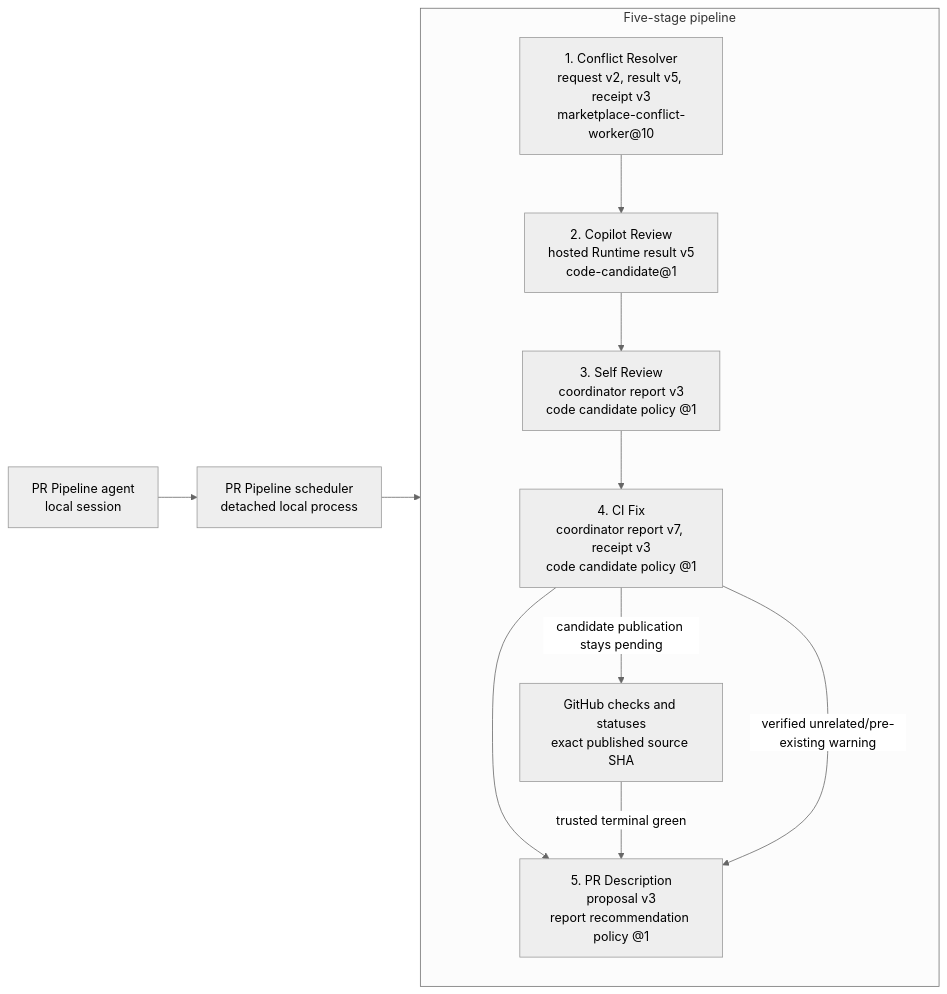
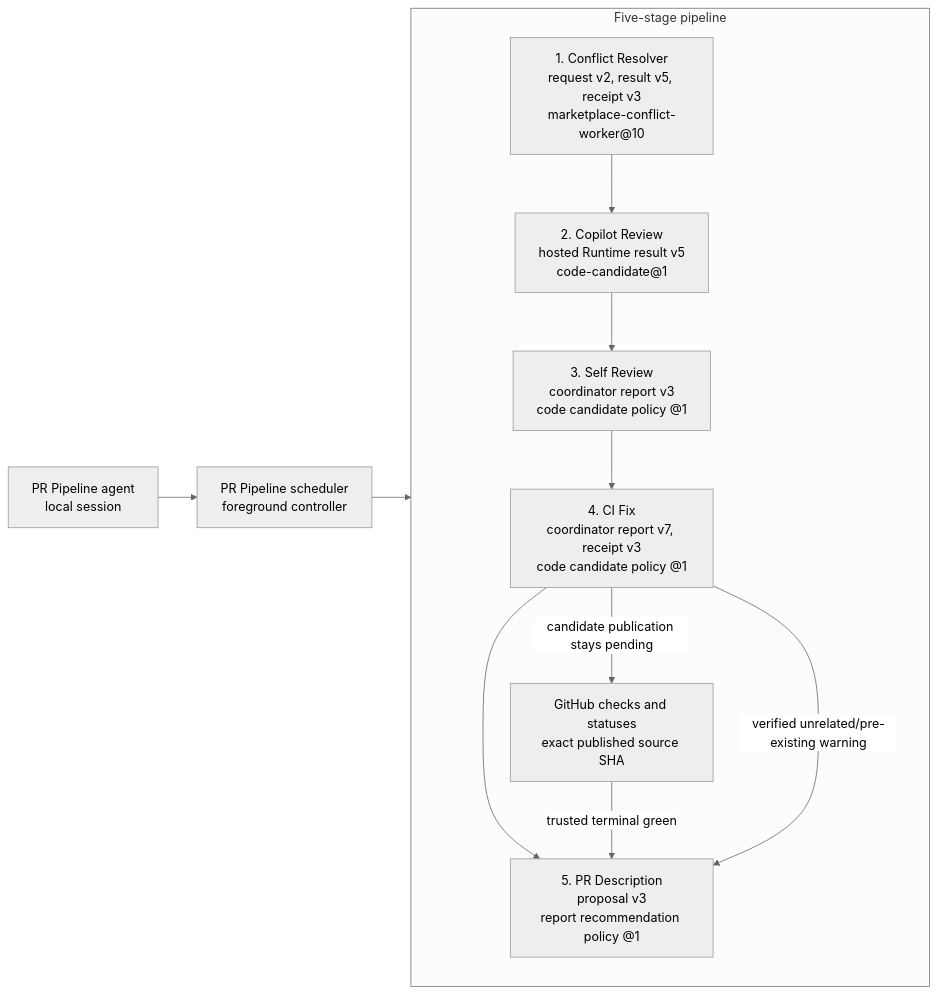
The diagram in plugins/pr-pipeline/README.md (trask/copilot-plugins), drawn with Mermaid (neutral theme) before and after one commit. The commit also changed other lines of this file and 46 other files, not shown here.

````diff
--- a/plugins/pr-pipeline/README.md
+++ b/plugins/pr-pipeline/README.md
@@ -5,23 +5,23 @@
 ```mermaid
 flowchart LR
     agent["PR Pipeline agent<br/>local session"]
-    scheduler["PR Pipeline scheduler<br/>detached local process"]
+    scheduler["PR Pipeline scheduler<br/>foreground controller"]
     agent --> scheduler
 
     subgraph pipeline["Five-stage pipeline"]
         direction TB
         conflict["1. Conflict Resolver<br/>request v2, result v5, receipt v3<br/>marketplace-conflict-worker@10"]
         copilotReview["2. Copilot Review<br/>hosted Runtime result v5<br/>code-candidate@1"]
         selfReview["3. Self Review<br/>coordinator report v3<br/>code candidate policy @1"]
         ci["4. CI Fix<br/>coordinator report v7, receipt v3<br/>code candidate policy @1"]
         description["5. PR Description<br/>proposal v3<br/>report recommendation policy @1"]
         checks["GitHub checks and statuses<br/>exact published source SHA"]
 
         conflict --> copilotReview --> selfReview --> ci --> description
         ci -->|"candidate publication stays pending"| checks
         checks -->|"trusted terminal green"| description
         ci -->|"verified unrelated/pre-existing warning"| description
     end
 
     scheduler --> conflict
 ```
````
